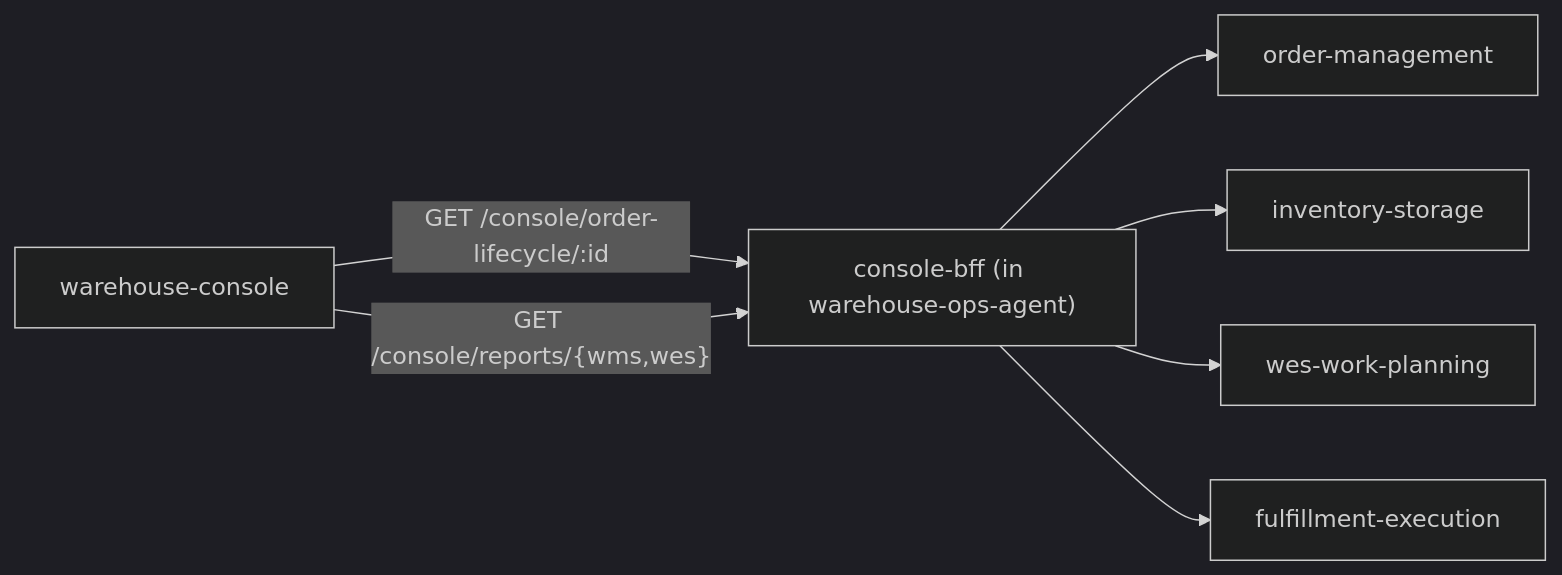
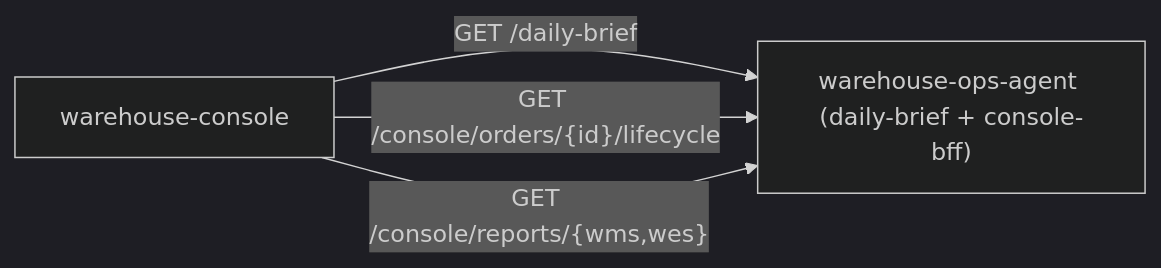
The diagram in docs/docs/architecture/cross-cutting-screens.md (claudioed/warehouse-console), drawn with Mermaid (dark theme) before and after one commit. The commit also changed other lines of this file and 9 other files, not shown here.

````diff
--- a/docs/docs/architecture/cross-cutting-screens.md
+++ b/docs/docs/architecture/cross-cutting-screens.md
@@ -15,16 +17,9 @@
 ```mermaid
 graph LR
   Console["warehouse-console"]
-  BFF["console-bff (in warehouse-ops-agent)"]
-  OM["order-management"]
-  IS["inventory-storage"]
-  WP["wes-work-planning"]
-  FE["fulfillment-execution"]
+  BFF["warehouse-ops-agent (daily-brief + console-bff)"]
 
-  Console -->|"GET /console/order-lifecycle/:id"| BFF
+  Console -->|"GET /daily-brief"| BFF
+  Console -->|"GET /console/orders/{id}/lifecycle"| BFF
   Console -->|"GET /console/reports/{wms,wes}"| BFF
-  BFF --> OM
-  BFF --> IS
-  BFF --> WP
-  BFF --> FE
 ```
````
